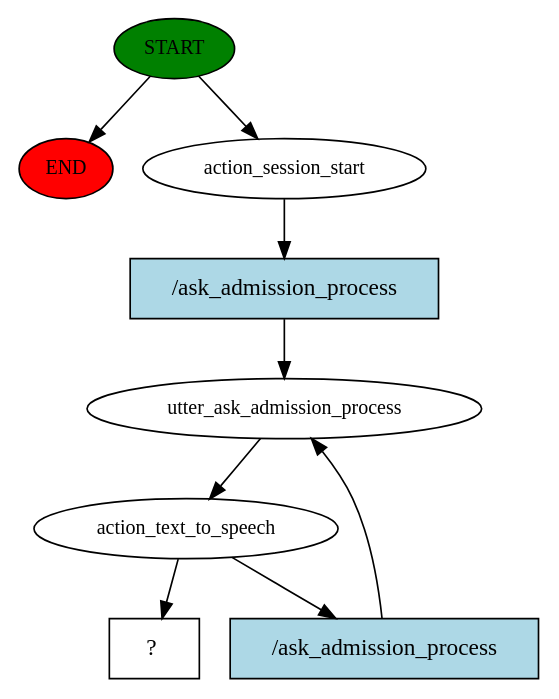
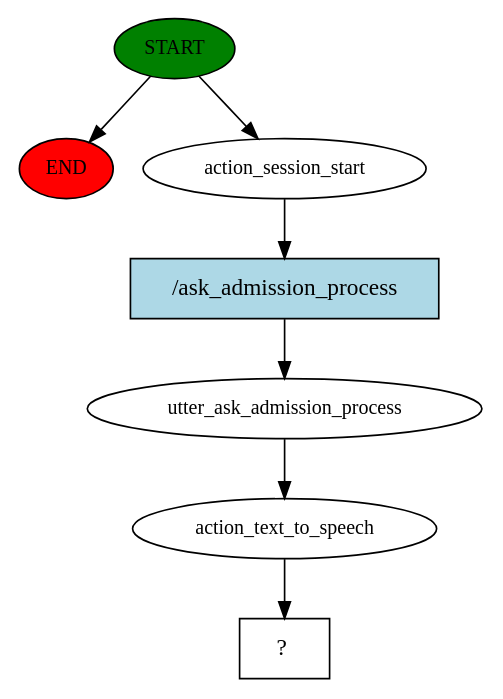
Before and after one commit to quant-1729/Mnnit_chatbot: the diagram in story_graph.dot, drawn with Graphviz. The commit also changed 4 other files, not shown here.

```diff
--- a/story_graph.dot
+++ b/story_graph.dot
@@ -1,18 +1,15 @@
 digraph  {
 0 [class="start active", fillcolor=green, fontsize=12, label=START, style=filled];
 "-1" [class=end, fillcolor=red, fontsize=12, label=END, style=filled];
 1 [class=active, fontsize=12, label=action_session_start];
 2 [class=active, fontsize=12, label=utter_ask_admission_process];
 3 [class=active, fontsize=12, label=action_text_to_speech];
-6 [class="intent dashed active", label="  ?  ", shape=rect];
-7 [class="intent active", fillcolor=lightblue, label="/ask_admission_process", shape=rect, style=filled];
-8 [class="intent active", fillcolor=lightblue, label="/ask_admission_process", shape=rect, style=filled];
+4 [class="intent dashed active", label="  ?  ", shape=rect];
+5 [class="intent active", fillcolor=lightblue, label="/ask_admission_process", shape=rect, style=filled];
 0 -> "-1"  [class="", key=NONE, label=""];
 0 -> 1  [class=active, key=NONE, label=""];
-1 -> 7  [class=active, key=0];
+1 -> 5  [class=active, key=0];
 2 -> 3  [class=active, key=NONE, label=""];
-3 -> 6  [class=active, key=NONE, label=""];
-3 -> 8  [class=active, key=0];
-7 -> 2  [class=active, key=0];
-8 -> 2  [class=active, key=0];
+3 -> 4  [class=active, key=NONE, label=""];
+5 -> 2  [class=active, key=0];
 }
```
